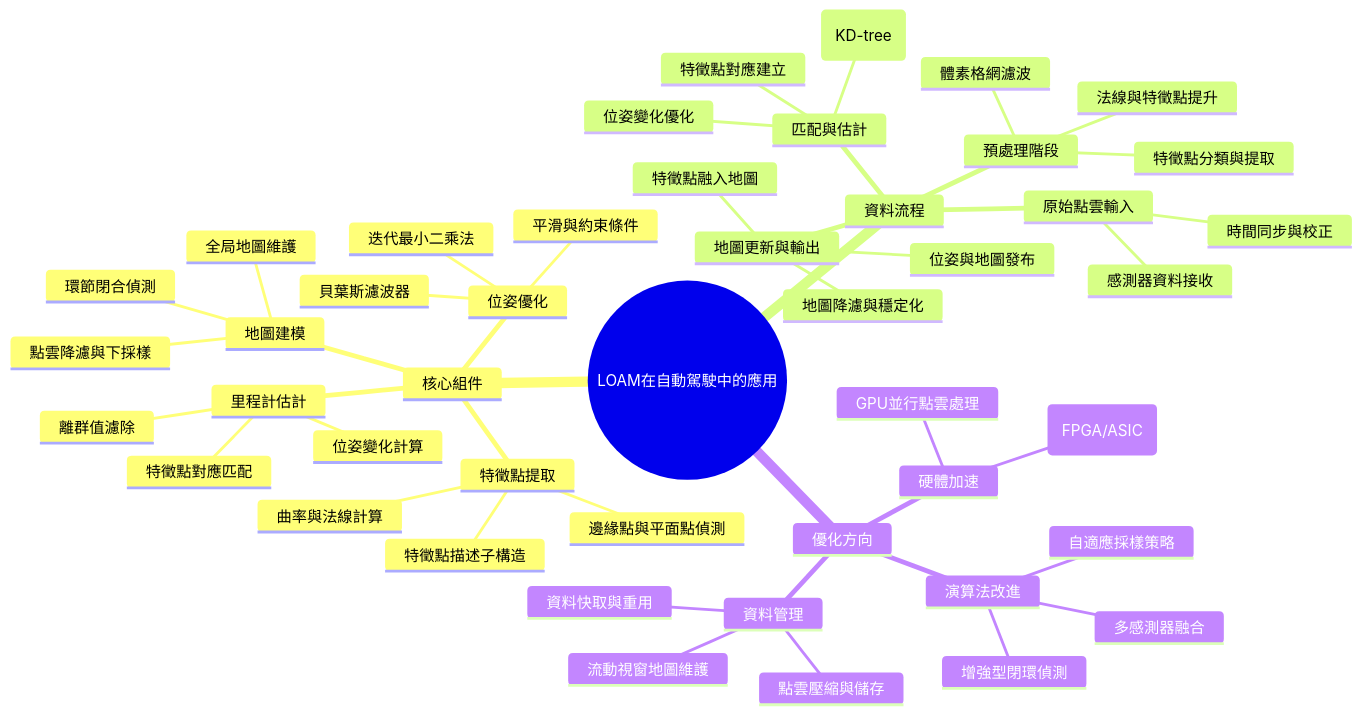
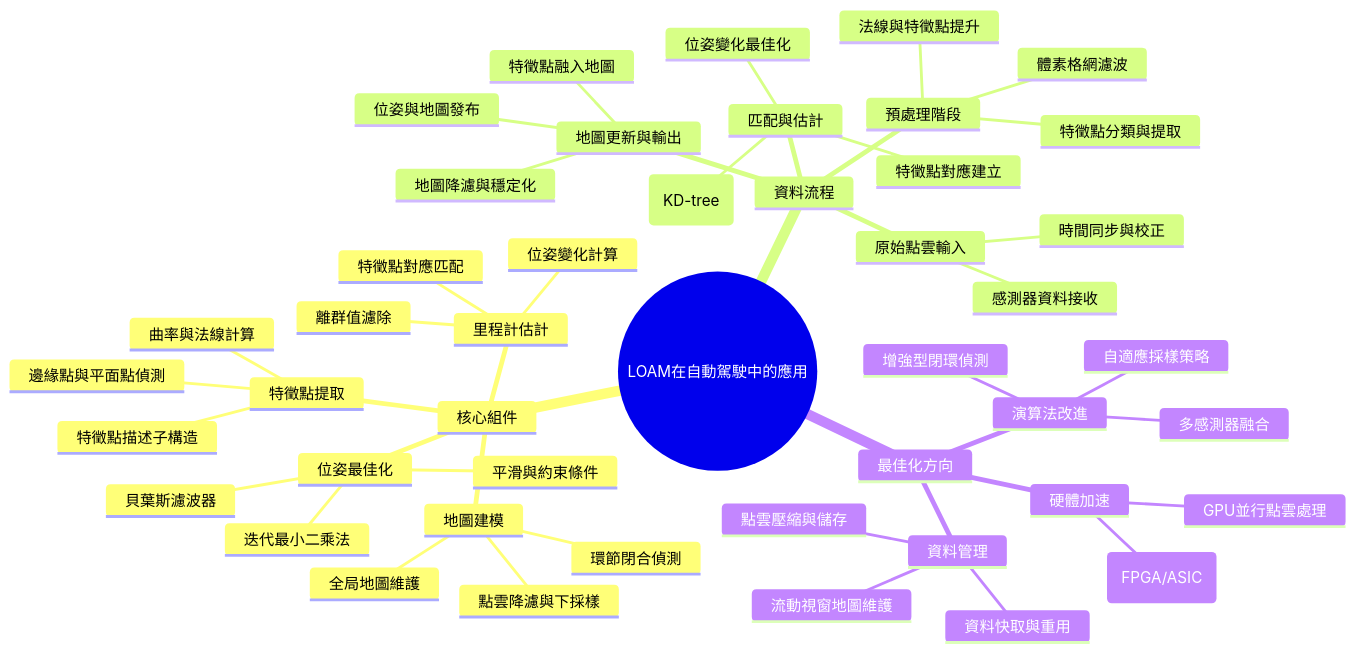
One commit to xansxuss/OBSIDIAN_NOTES changed the diagram in LLM_Wiki/wiki/AI_system/autonomous-driving-loam.md. Above: the diagram before and after it, drawn with Mermaid. The commit also changed other lines of this file and 288 other files, not shown here.

````diff
--- a/LLM_Wiki/wiki/AI_system/autonomous-driving-loam.md
+++ b/LLM_Wiki/wiki/AI_system/autonomous-driving-loam.md
@@ -48,49 +60,49 @@
 ```mermaid
 mindmap
   root((LOAM在自動駕駛中的應用))
     核心組件
       特徵點提取
         邊緣點與平面點偵測
         曲率與法線計算
         特徵點描述子構造
       里程計估計
         特徵點對應匹配
         位姿變化計算
         離群值濾除
       地圖建模
         全局地圖維護
         點雲降濾與下採樣
         環節閉合偵測
-      位姿優化
+      位姿最佳化
         迭代最小二乘法
         貝葉斯濾波器
         平滑與約束條件
     資料流程
       原始點雲輸入
         感測器資料接收
         時間同步與校正
       預處理階段
         體素格網濾波
         法線與特徵點提升
         特徵點分類與提取
       匹配與估計
         最近鄰搜尋 (KD-tree)
         特徵點對應建立
-        位姿變化優化
+        位姿變化最佳化
       地圖更新與輸出
         特徵點融入地圖
         地圖降濾與穩定化
         位姿與地圖發布
-    優化方向
+    最佳化方向
       硬體加速
         GPU並行點雲處理
         專用晶片加速 (FPGA/ASIC)
       演算法改進
         自適應採樣策略
         多感測器融合
         增強型閉環偵測
       資料管理
         點雲壓縮與儲存
         流動視窗地圖維護
         資料快取與重用
 ```
````
